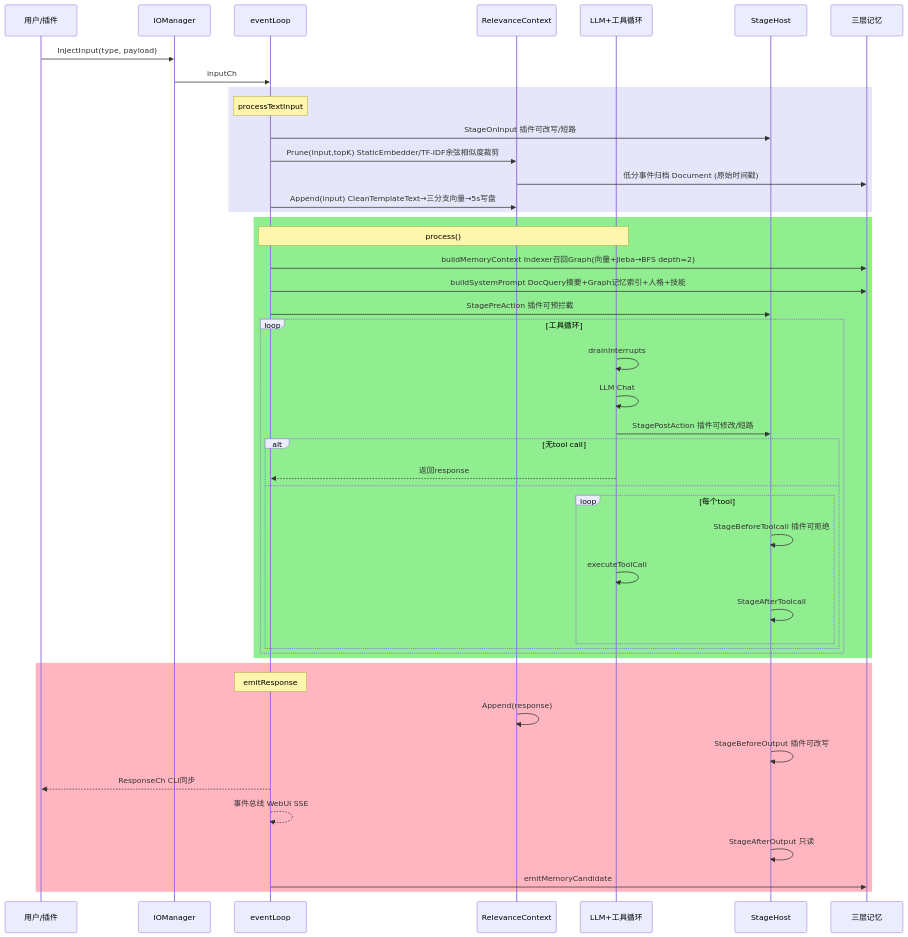
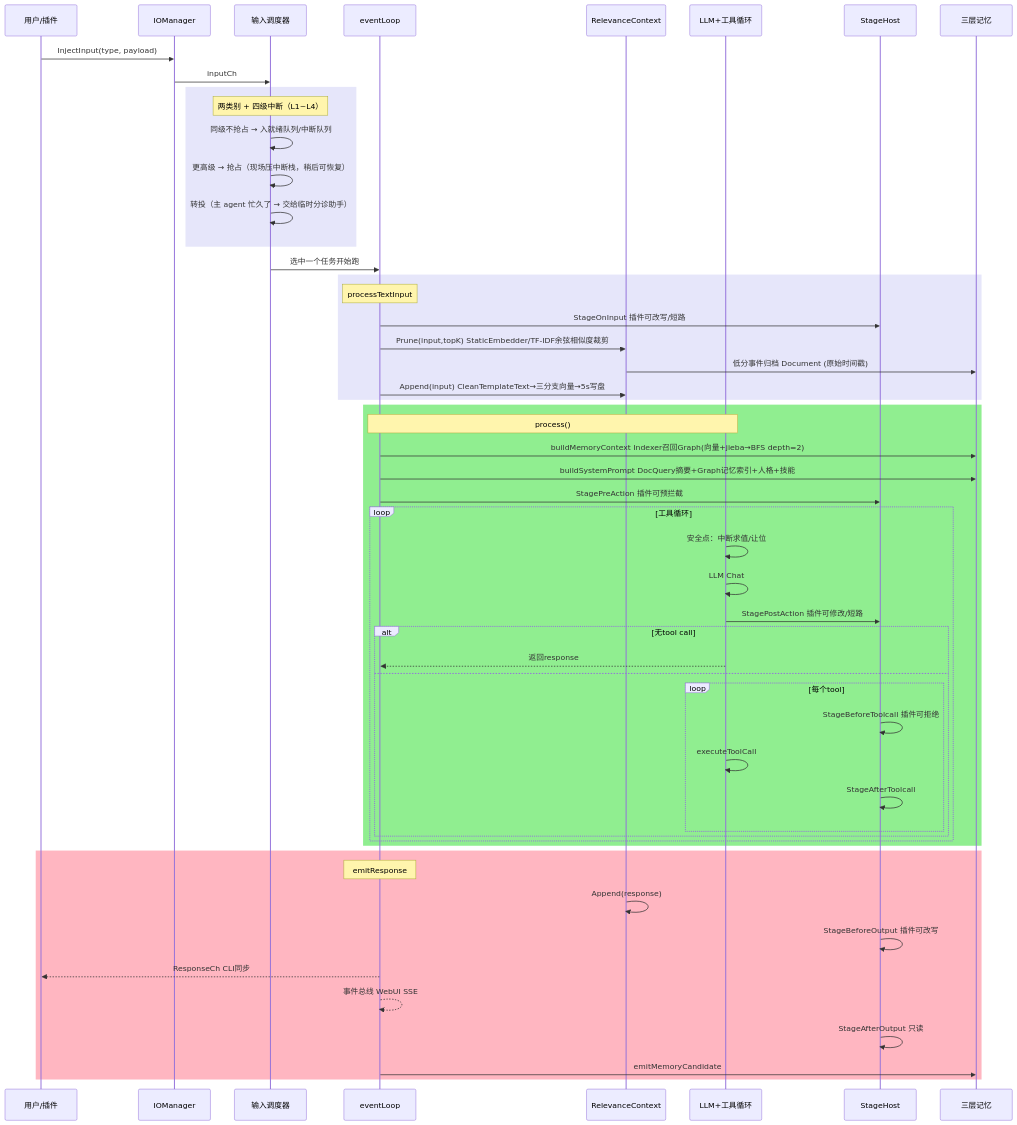
The first of 3 diagrams in README.md (JianFeeeee/HomeAgent), drawn with Mermaid before and after one commit. The commit also changed other lines of this file and 1 other file, not shown here.

````diff
--- a/README.md
+++ b/README.md
@@ -33,49 +43,57 @@
 ```mermaid
 sequenceDiagram
     participant U as 用户/插件
     participant IO as IOManager
+    participant SCH as 输入调度器
     participant EV as eventLoop
     participant CTX as RelevanceContext
     participant LLM as LLM+工具循环
     participant ST as StageHost
     participant MEM as 三层记忆
 
     U->>IO: InjectInput(type, payload)
-    IO->>EV: inputCh
+    IO->>SCH: inputCh
+    rect lavender
+        Note over SCH: 两类别 + 四级中断（L1~L4）
+        SCH->>SCH: 同级不抢占 → 入就绪队列/中断队列
+        SCH->>SCH: 更高级 → 抢占（现场压中断栈，稍后可恢复）
+        SCH->>SCH: 转投（主 agent 忙久了 → 交给临时分诊助手）
+    end
+    SCH->>EV: 选中一个任务开始跑
     rect lavender
         Note over EV: processTextInput
         EV->>ST: StageOnInput  插件可改写/短路
         EV->>CTX: Prune(input,topK)  StaticEmbedder/TF-IDF余弦相似度裁剪
         CTX->>MEM: 低分事件归档 Document (原始时间戳)
         EV->>CTX: Append(input)  CleanTemplateText→三分支向量→5s写盘
     end
     rect lightgreen
         Note over EV,LLM: process()
         EV->>MEM: buildMemoryContext  Indexer召回Graph(向量+jieba→BFS depth=2)
         EV->>MEM: buildSystemPrompt  DocQuery摘要+Graph记忆索引+人格+技能
         EV->>ST: StagePreAction  插件可预拦截
         loop 工具循环
-            LLM->>LLM: drainInterrupts
+            LLM->>LLM: 安全点：中断求值/让位
             LLM->>LLM: LLM Chat
             LLM->>ST: StagePostAction  插件可修改/短路
             alt 无tool call
                 LLM-->>EV: 返回response
             else
                 loop 每个tool
                     ST->>ST: StageBeforeToolcall  插件可拒绝
                     LLM->>LLM: executeToolCall
                     ST->>ST: StageAfterToolcall
                 end
             end
         end
     end
     rect lightpink
         Note over EV: emitResponse
         CTX->>CTX: Append(response)
         ST->>ST: StageBeforeOutput  插件可改写
         EV-->>U: ResponseCh CLI同步
         EV-->>EV: 事件总线 WebUI SSE
         ST->>ST: StageAfterOutput  只读
         EV->>MEM: emitMemoryCandidate
     end
 ```
````
